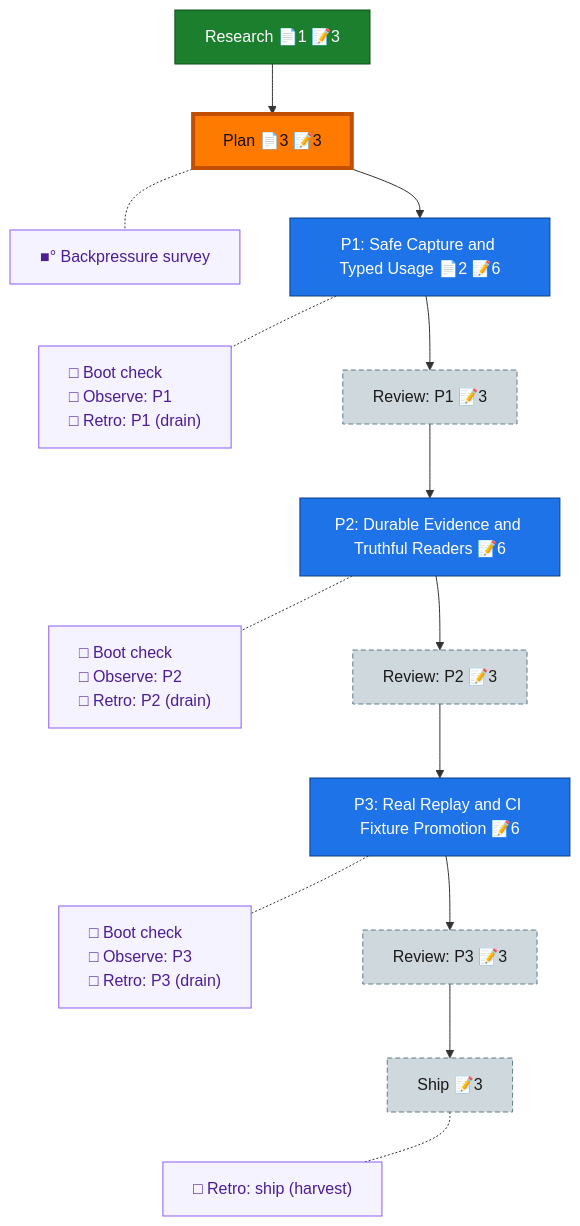
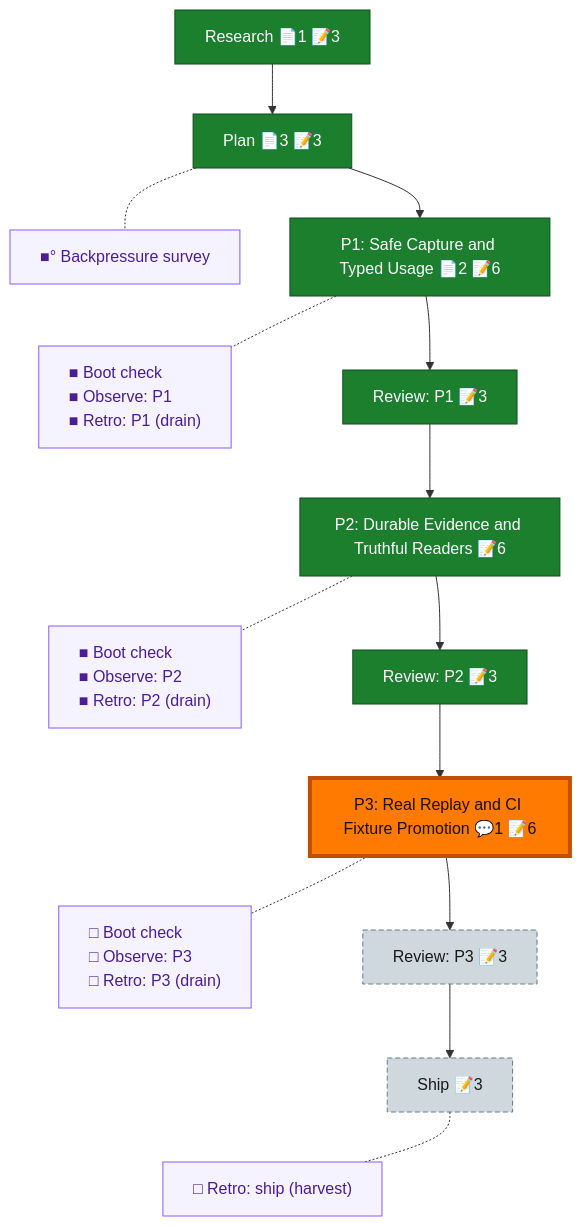
One commit to AI-Substrate/harness-engineering changed the diagram in docs/plans/063-systemic-telemetry-repair/the-flow.md. Above: the diagram before and after it, drawn with Mermaid. The commit also changed other lines of this file and 92 other files, not shown here.

First line of the commit message:
fix(telemetry): repair token evidence end to end (plan 063)

````diff
--- a/docs/plans/063-systemic-telemetry-repair/the-flow.md
+++ b/docs/plans/063-systemic-telemetry-repair/the-flow.md
@@ -8,37 +8,37 @@
 ```mermaid
 flowchart TD
     research["Research 📄1 📝3"]:::done
     plan["Plan 📄3 📝3"]:::done
-    phase_1["P1: Safe Capture and Typed Usage 📄2 📝6"]:::known
-    review_1["Review: P1 📝3"]:::assumed
-    phase_2["P2: Durable Evidence and Truthful Readers 📝6"]:::known
-    review_2["Review: P2 📝3"]:::assumed
-    phase_3["P3: Real Replay and CI Fixture Promotion 📝6"]:::known
+    phase_1["P1: Safe Capture and Typed Usage 📄2 📝6"]:::done
+    review_1["Review: P1 📝3"]:::done
+    phase_2["P2: Durable Evidence and Truthful Readers 📝6"]:::done
+    review_2["Review: P2 📝3"]:::done
+    phase_3["P3: Real Replay and CI Fixture Promotion 💬1 📝6"]:::blocked
     review_3["Review: P3 📝3"]:::assumed
     ship["Ship 📝3"]:::assumed
 
     research --> plan --> phase_1 --> review_1 --> phase_2 --> review_2 --> phase_3 --> review_3 --> ship
 
     planC["■° Backpressure survey"]:::chore
-    phase_1C["□ Boot check<br/>□ Observe: P1<br/>□ Retro: P1 (drain)"]:::chore
-    phase_2C["□ Boot check<br/>□ Observe: P2<br/>□ Retro: P2 (drain)"]:::chore
+    phase_1C["■ Boot check<br/>■ Observe: P1<br/>■ Retro: P1 (drain)"]:::chore
+    phase_2C["■ Boot check<br/>■ Observe: P2<br/>■ Retro: P2 (drain)"]:::chore
     phase_3C["□ Boot check<br/>□ Observe: P3<br/>□ Retro: P3 (drain)"]:::chore
     shipC["□ Retro: ship (harvest)"]:::chore
 
     %% invisible chain holds the gutter boxes in their own column
     planC ~~~ phase_1C ~~~ phase_2C ~~~ phase_3C ~~~ shipC
 
     %% dotted links pull each gutter box beside its node
     plan -.- planC
     phase_1 -.- phase_1C
     phase_2 -.- phase_2C
     phase_3 -.- phase_3C
     ship -.- shipC
 
     classDef done fill:#1B7F2E,stroke:#0F4F1B,color:#fff;
-    classDef known fill:#1E73E8,stroke:#0D3F86,color:#fff;
+    classDef blocked fill:#E53935,stroke:#8E1513,color:#fff;
     classDef assumed fill:#CFD8DC,stroke:#607D8B,color:#1a1a1a,stroke-dasharray:5 3;
     classDef chore fill:#f5f3ff,stroke:#8b5cf6,color:#4c1d95,text-align:left;
     classDef current fill:#FF7A00,stroke:#C24E00,color:#1a0e00,stroke-width:4px;
-    class plan current;
+    class phase_3 current;
 ```
````
